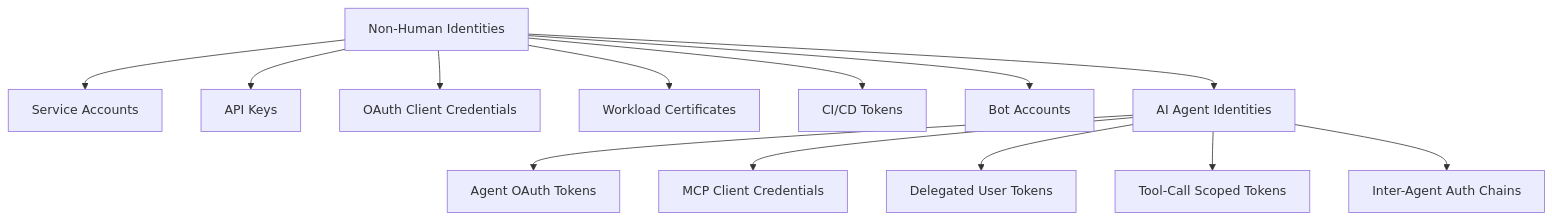
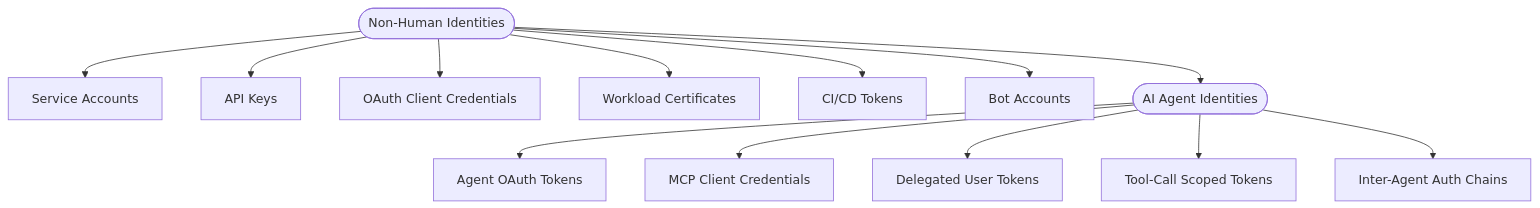
Before and after one commit to CyberdaemonAI/cyberdaemon-site: the first of 3 diagrams in src/content/research/nhi-agentic.mdx, drawn with Mermaid. The commit also changed other lines of this file and 23 other files, not shown here.

First line of the commit message:
style(diagrams): retrofit all mermaid diagrams to flowchart syntax site-wide

````diff
--- a/src/content/research/nhi-agentic.mdx
+++ b/src/content/research/nhi-agentic.mdx
@@ -71,15 +71,16 @@
 ```mermaid
-graph TD
-    A[Non-Human Identities] --> B[Service Accounts]
-    A --> C[API Keys]
-    A --> D[OAuth Client Credentials]
-    A --> E[Workload Certificates]
-    A --> F[CI/CD Tokens]
-    A --> G[Bot Accounts]
-    A --> H[AI Agent Identities]
+flowchart TD
+    NHI([Non-Human Identities])
+    NHI --> B[Service Accounts]
+    NHI --> C[API Keys]
+    NHI --> D[OAuth Client Credentials]
+    NHI --> E[Workload Certificates]
+    NHI --> F[CI/CD Tokens]
+    NHI --> G[Bot Accounts]
+    NHI --> H([AI Agent Identities])
     H --> I[Agent OAuth Tokens]
     H --> J[MCP Client Credentials]
     H --> K[Delegated User Tokens]
     H --> L[Tool-Call Scoped Tokens]
     H --> M[Inter-Agent Auth Chains]
 ```
````
